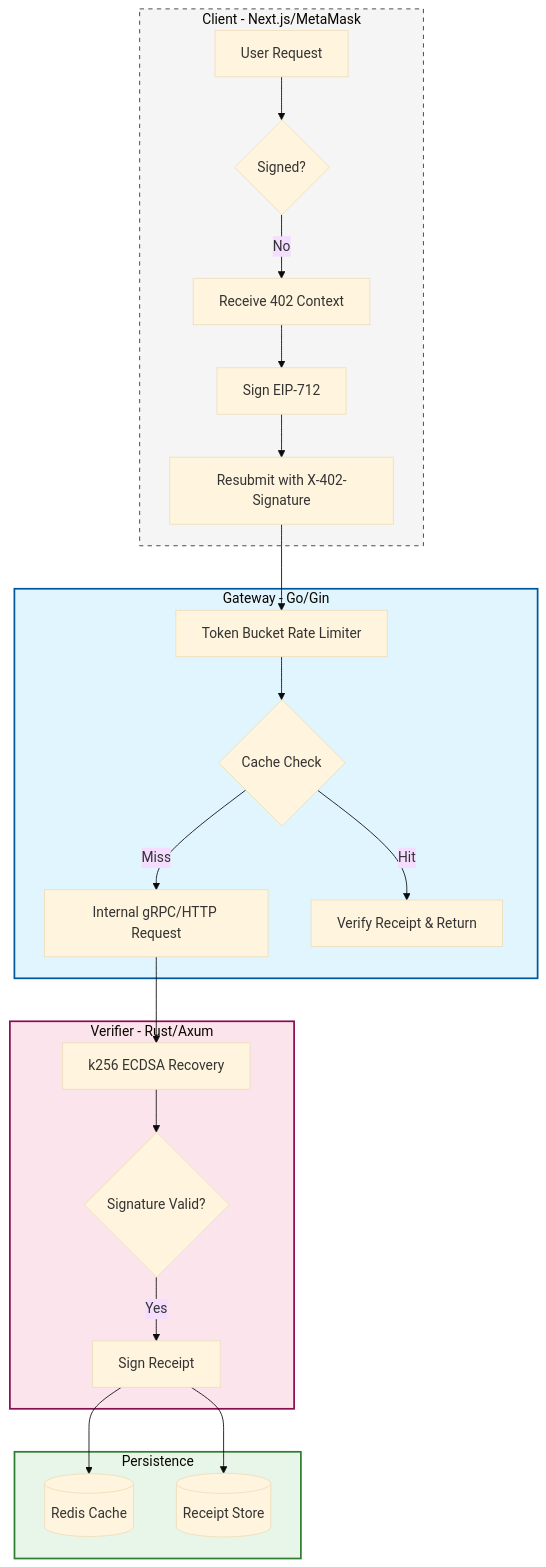
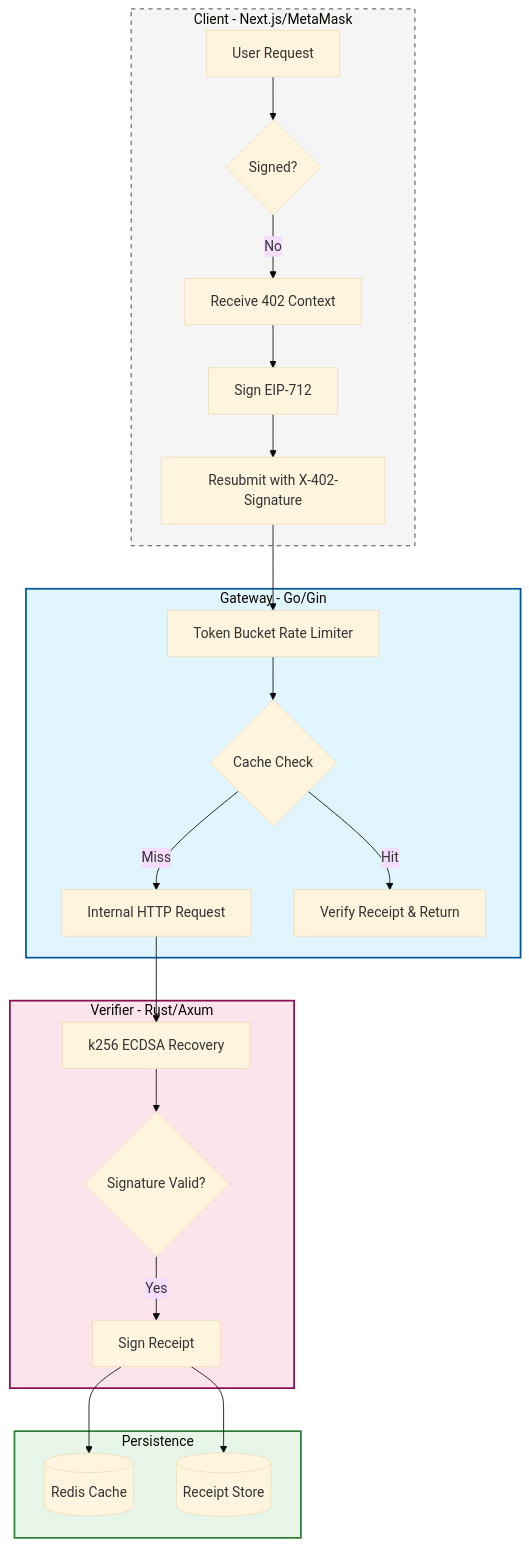
One commit to AnkanMisra/MicroAI-Paygate changed the second of 3 diagrams in README.md. Above: the diagram before and after it, drawn with Mermaid (base theme). The commit also changed other lines of this file, not shown here.

````diff
--- a/README.md
+++ b/README.md
@@ -110,33 +109,33 @@
 ```mermaid
 graph TD
     subgraph Client_Layer [Client - Next.js/MetaMask]
         A[User Request] --> B{Signed?}
         B -- No --> C[Receive 402 Context]
         C --> D[Sign EIP-712]
         D --> E[Resubmit with X-402-Signature]
     end
 
     subgraph Edge_Gateway [Gateway - Go/Gin]
         E --> F[Token Bucket Rate Limiter]
         F --> G{Cache Check}
-        G -- Miss --> H[Internal gRPC/HTTP Request]
+        G -- Miss --> H[Internal HTTP Request]
         G -- Hit --> I[Verify Receipt & Return]
     end
 
     subgraph Crypto_Service [Verifier - Rust/Axum]
         H --> J[k256 ECDSA Recovery]
         J --> K{Signature Valid?}
         K -- Yes --> L[Sign Receipt]
     end
 
     subgraph Storage [Persistence]
         L --> M[(Redis Cache)]
         L --> N[(Receipt Store)]
     end
 
     %% Component Styling
     style Edge_Gateway fill:#e1f5fe,stroke:#01579b,stroke-width:2px
     style Crypto_Service fill:#fce4ec,stroke:#880e4f,stroke-width:2px
     style Storage fill:#e8f5e9,stroke:#2e7d32,stroke-width:2px
     style Client_Layer fill:#f5f5f5,stroke:#333,stroke-dasharray: 5 5
 ```
````
